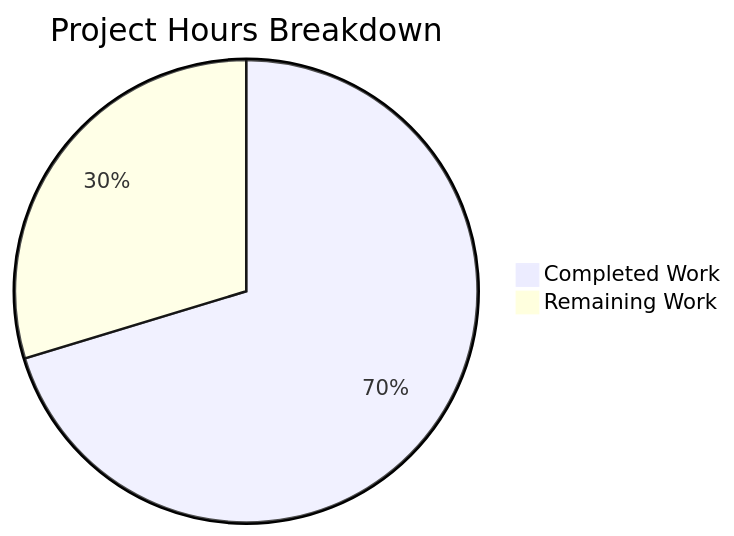
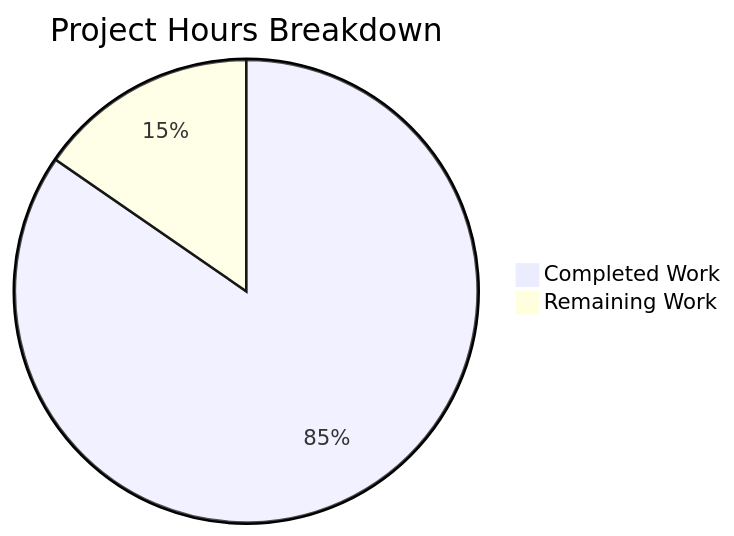
Before and after one commit to sudhanshu-spec/test-spec: the diagram in blitzy/documentation/Project Guide.md, drawn with Mermaid. The commit also changed other lines of this file, not shown here.

Commit message:
Adding Blitzy Project Guide: Project Status and Human Tasks Remaining

````diff
--- a/blitzy/documentation/Project Guide.md
+++ b/blitzy/documentation/Project Guide.md
@@ -145,5 +134,5 @@
 ```mermaid
 pie title Project Hours Breakdown
-    "Completed Work" : 45
-    "Remaining Work" : 19
+    "Completed Work" : 55
+    "Remaining Work" : 10
 ```
````
